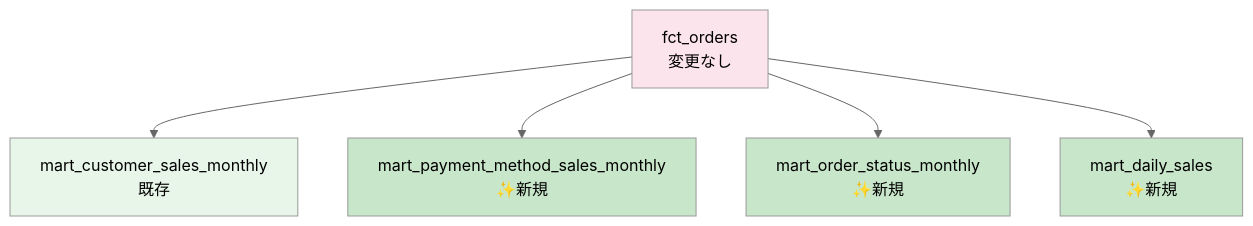
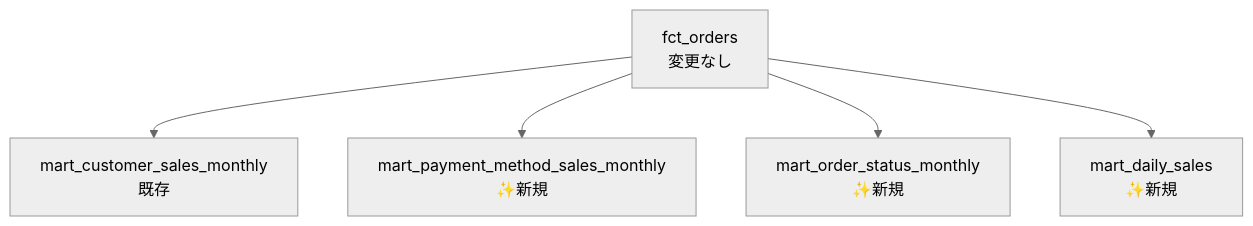
The third of 3 diagrams in content/Tech/dbt/tutorials/tutorial-03-expand-dimensions.md (1210yuichi0/1210yuichi0.github.io), drawn with Mermaid (neutral theme) before and after one commit. The commit also changed other lines of this file and 22 other files, not shown here.

First line of the commit message:
style: remove Mermaid style directives for dark mode compatibility

````diff
--- a/content/Tech/dbt/tutorials/tutorial-03-expand-dimensions.md
+++ b/content/Tech/dbt/tutorials/tutorial-03-expand-dimensions.md
@@ -410,13 +398,8 @@
 ```mermaid
 flowchart TD
     A[fct_orders<br/>変更なし] --> B[mart_customer_sales_monthly<br/>既存]
     A --> C[mart_payment_method_sales_monthly<br/>✨新規]
     A --> D[mart_order_status_monthly<br/>✨新規]
     A --> E[mart_daily_sales<br/>✨新規]
 
-    style A fill:#fce4ec
-    style B fill:#e8f5e9
-    style C fill:#c8e6c9
-    style D fill:#c8e6c9
-    style E fill:#c8e6c9
 ```
````
